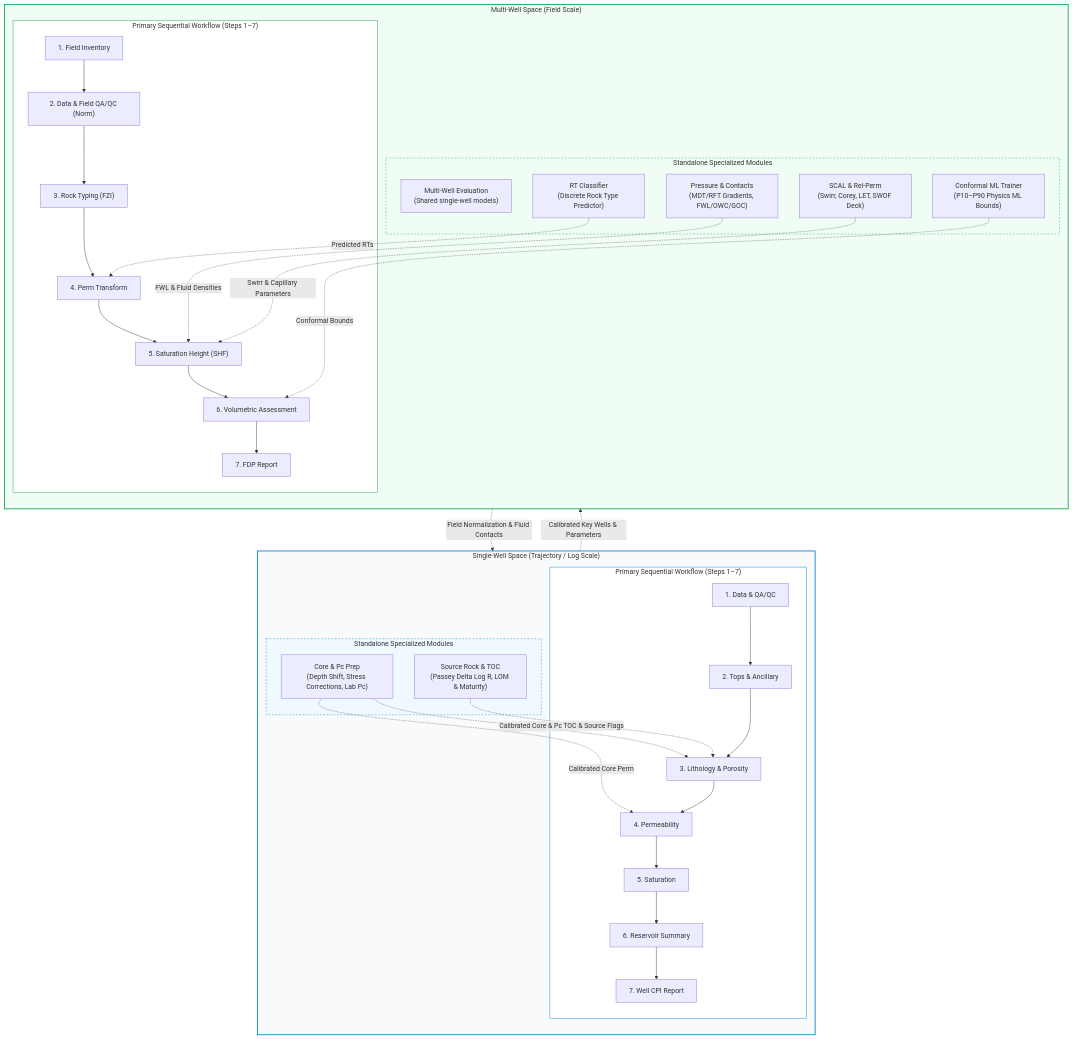
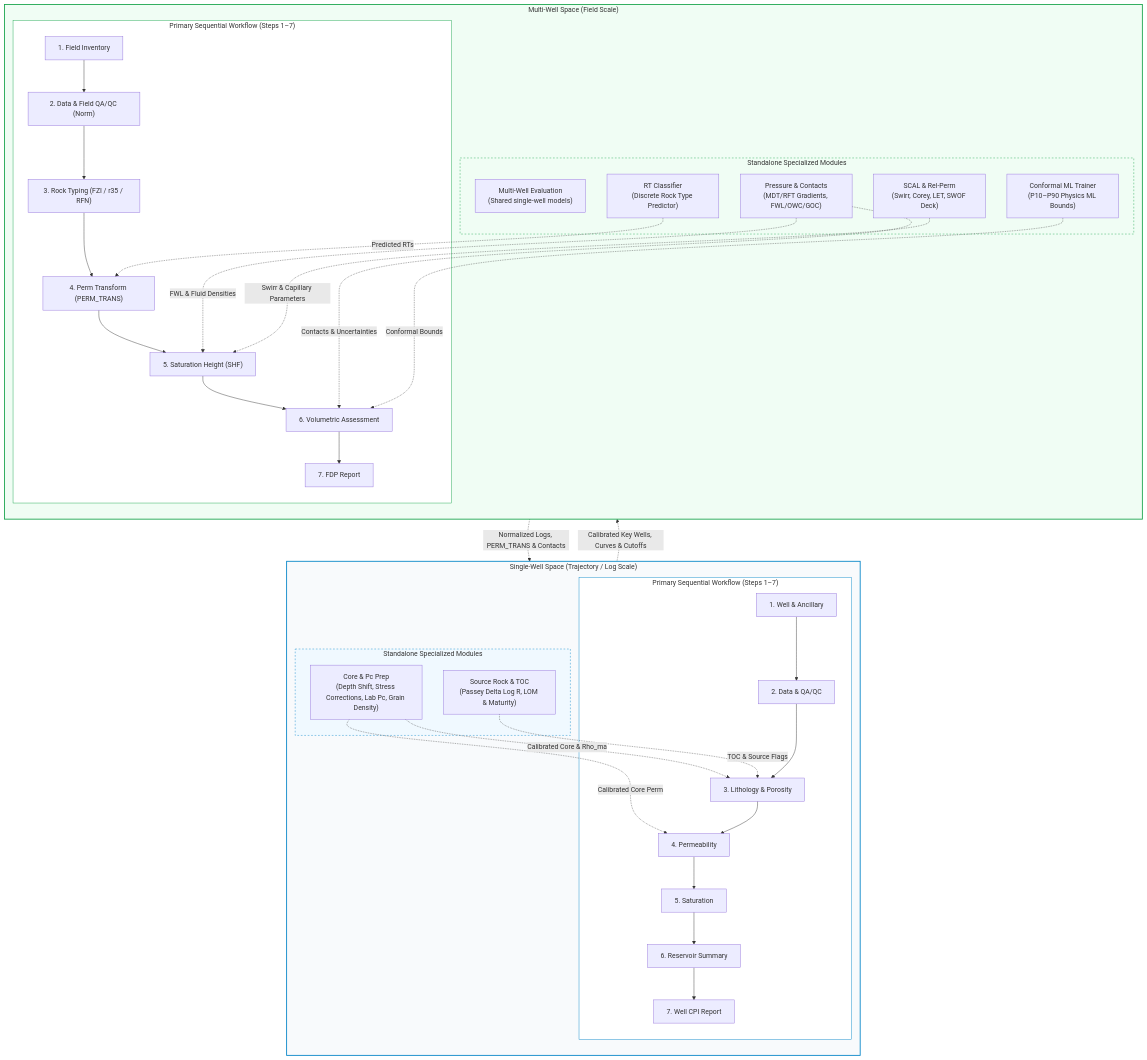
One commit to imranfadhil/quick_pp changed the diagram in docs/workflows/index.md. Above: the diagram before and after it, drawn with Mermaid. The commit also changed other lines of this file and 5 other files, not shown here.

````diff
--- a/docs/workflows/index.md
+++ b/docs/workflows/index.md
@@ -9,54 +9,55 @@
 ```mermaid
 flowchart TD
     subgraph SingleWellSpace["Single-Well Space (Trajectory / Log Scale)"]
         direction TB
         subgraph SW_Seq["Primary Sequential Workflow (Steps 1–7)"]
-            SW1["1. Data & QA/QC"] --> SW2["2. Tops & Ancillary"]
+            SW1["1. Well & Ancillary"] --> SW2["2. Data & QA/QC"]
             SW2 --> SW3["3. Lithology & Porosity"]
             SW3 --> SW4["4. Permeability"]
             SW4 --> SW5["5. Saturation"]
             SW5 --> SW6["6. Reservoir Summary"]
             SW6 --> SW7["7. Well CPI Report"]
         end
         subgraph SW_Stand["Standalone Specialized Modules"]
-            SW_LAB["Core & Pc Prep\n(Depth Shift, Stress Corrections, Lab Pc)"]
+            SW_LAB["Core & Pc Prep\n(Depth Shift, Stress Corrections, Lab Pc, Grain Density)"]
             SW_TOC["Source Rock & TOC\n(Passey Delta Log R, LOM & Maturity)"]
         end
-        SW_LAB -.->|Calibrated Core & Pc| SW3
+        SW_LAB -.->|Calibrated Core & Rho_ma| SW3
         SW_LAB -.->|Calibrated Core Perm| SW4
         SW_TOC -.->|TOC & Source Flags| SW3
     end
 
     subgraph MultiWellSpace["Multi-Well Space (Field Scale)"]
         direction TB
         subgraph MW_Seq["Primary Sequential Workflow (Steps 1–7)"]
             MW1["1. Field Inventory"] --> MW2["2. Data & Field QA/QC (Norm)"]
-            MW2 --> MW3["3. Rock Typing (FZI)"]
-            MW3 --> MW4["4. Perm Transform"]
+            MW2 --> MW3["3. Rock Typing (FZI / r35 / RFN)"]
+            MW3 --> MW4["4. Perm Transform (PERM_TRANS)"]
             MW4 --> MW5["5. Saturation Height (SHF)"]
             MW5 --> MW6["6. Volumetric Assessment"]
             MW6 --> MW7["7. FDP Report"]
         end
         subgraph MW_Stand["Standalone Specialized Modules"]
             MW_BATCH["Multi-Well Evaluation\n(Shared single-well models)"]
             MW_SCAL["SCAL & Rel-Perm\n(Swirr, Corey, LET, SWOF Deck)"]
             MW_FPT["Pressure & Contacts\n(MDT/RFT Gradients, FWL/OWC/GOC)"]
             MW_RT["RT Classifier\n(Discrete Rock Type Predictor)"]
             MW_PIML["Conformal ML Trainer\n(P10–P90 Physics ML Bounds)"]
         end
         MW_FPT -.->|FWL & Fluid Densities| MW5
+        MW_FPT -.->|Contacts & Uncertainties| MW6
         MW_SCAL -.->|Swirr & Capillary Parameters| MW5
         MW_RT -.->|Predicted RTs| MW4
         MW_PIML -.->|Conformal Bounds| MW6
     end
 
-    SingleWellSpace -.->|Calibrated Key Wells & Parameters| MultiWellSpace
-    MultiWellSpace -.->|Field Normalization & Fluid Contacts| SingleWellSpace
+    SingleWellSpace -.->|Calibrated Key Wells, Curves & Cutoffs| MultiWellSpace
+    MultiWellSpace -.->|Normalized Logs, PERM_TRANS & Contacts| SingleWellSpace
 
     style SingleWellSpace fill:#f8fafc,stroke:#0284c7,stroke-width:2px
     style MultiWellSpace fill:#f0fdf4,stroke:#16a34a,stroke-width:2px
     style SW_Seq fill:#ffffff,stroke:#0284c7,stroke-width:1px
     style SW_Stand fill:#f0f9ff,stroke:#0284c7,stroke-width:1px,stroke-dasharray: 4 4
     style MW_Seq fill:#ffffff,stroke:#16a34a,stroke-width:1px
     style MW_Stand fill:#f0fdf4,stroke:#16a34a,stroke-width:1px,stroke-dasharray: 4 4
 ```
````
